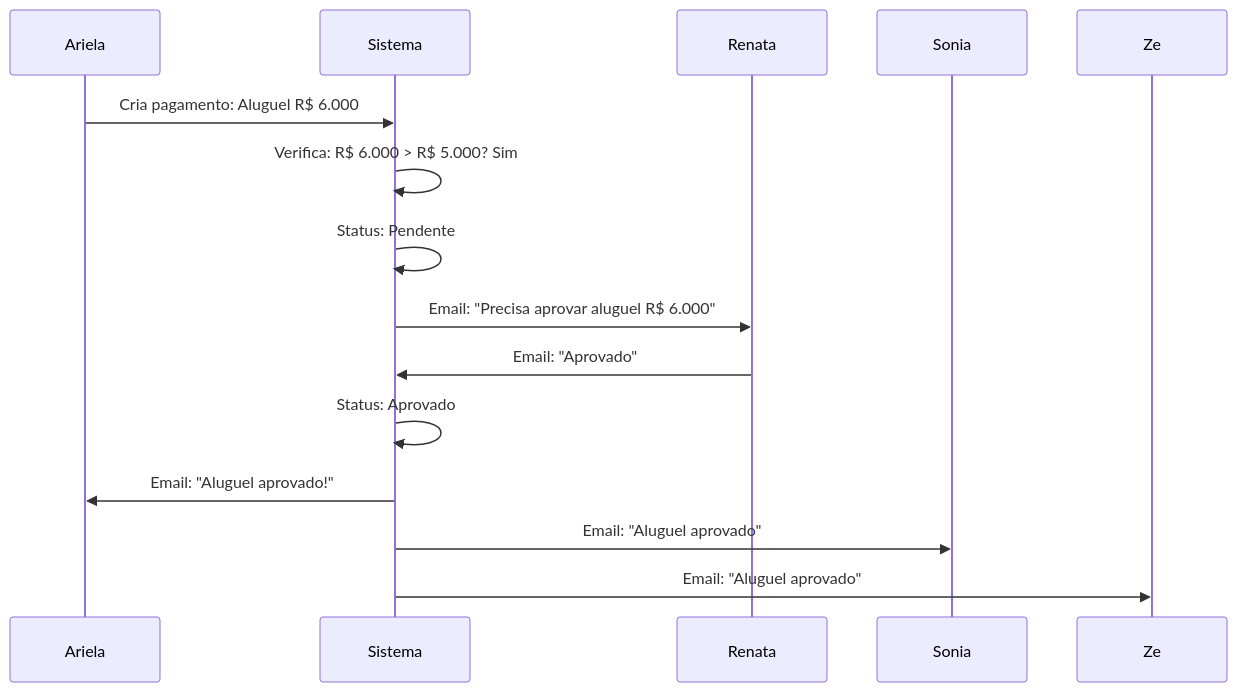
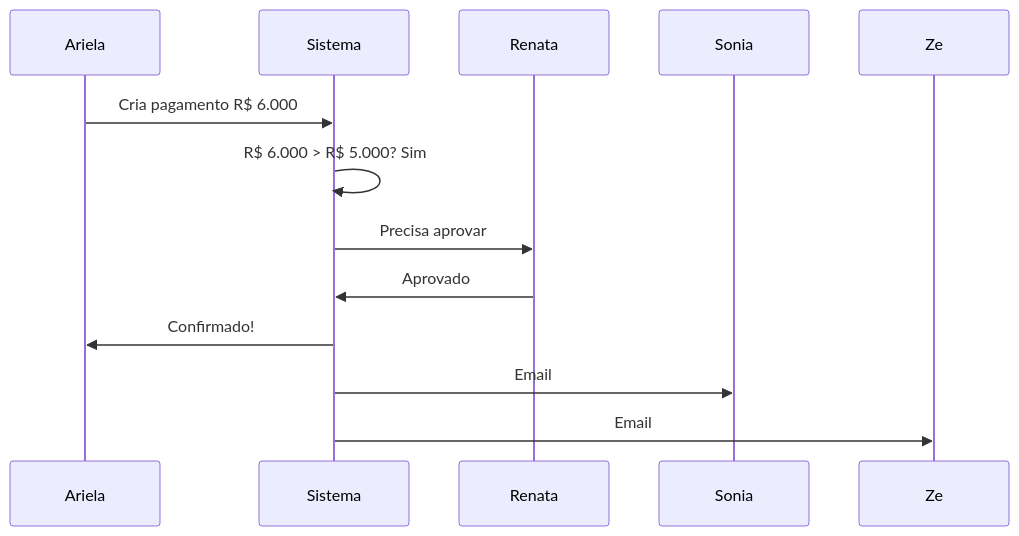
Before and after one commit to emanuelcosta-git/epoch-dream-builder: the sixth of 6 diagrams in FLUXO_REAL_VIDA_MAIS.md, drawn with Mermaid. The commit also changed other lines of this file, not shown here.

````diff
--- a/FLUXO_REAL_VIDA_MAIS.md
+++ b/FLUXO_REAL_VIDA_MAIS.md
@@ -231,18 +177,16 @@
 ```mermaid
 sequenceDiagram
     participant A as Ariela
     participant S as Sistema
     participant R as Renata
     participant S2 as Sonia
     participant Z as Ze
 
-    A->>S: Cria pagamento: Aluguel R$ 6.000
-    S->>S: Verifica: R$ 6.000 > R$ 5.000? Sim
-    S->>S: Status: Pendente
-    S->>R: Email: "Precisa aprovar aluguel R$ 6.000"
-    R->>S: Email: "Aprovado"
-    S->>S: Status: Aprovado
-    S->>A: Email: "Aluguel aprovado!"
-    S->>S2: Email: "Aluguel aprovado"
-    S->>Z: Email: "Aluguel aprovado"
+    A->>S: Cria pagamento R$ 6.000
+    S->>S: R$ 6.000 > R$ 5.000? Sim
+    S->>R: Precisa aprovar
+    R->>S: Aprovado
+    S->>A: Confirmado!
+    S->>S2: Email
+    S->>Z: Email
 ```
````
